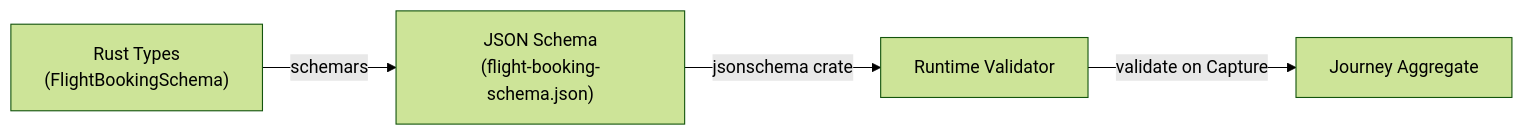
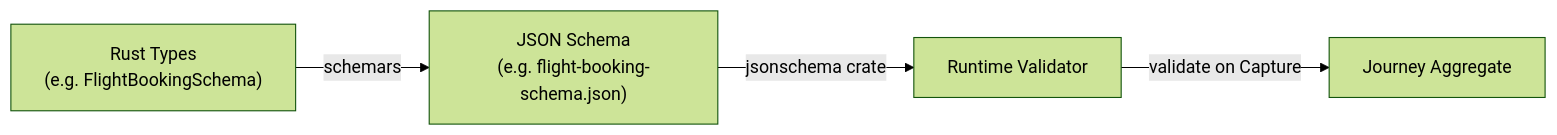
Before and after one commit to redbadger/journey_dynamics: the tenth of 11 diagrams in docs/ARCHITECTURE_REVIEW.md, drawn with Mermaid (forest theme). The commit also changed other lines of this file, not shown here.

Commit message:
doc(architecture): example is separate from core

````diff
--- a/docs/ARCHITECTURE_REVIEW.md
+++ b/docs/ARCHITECTURE_REVIEW.md
@@ -467,6 +473,6 @@
 ```mermaid
 graph LR
-    RT["Rust Types<br/>(FlightBookingSchema)"] -->|schemars| JS["JSON Schema<br/>(flight-booking-schema.json)"]
+    RT["Rust Types<br/>(e.g. FlightBookingSchema)"] -->|schemars| JS["JSON Schema<br/>(e.g. flight-booking-schema.json)"]
     JS -->|jsonschema crate| SV["Runtime Validator"]
     SV -->|validate on Capture| AGG["Journey Aggregate"]
 ```
````
